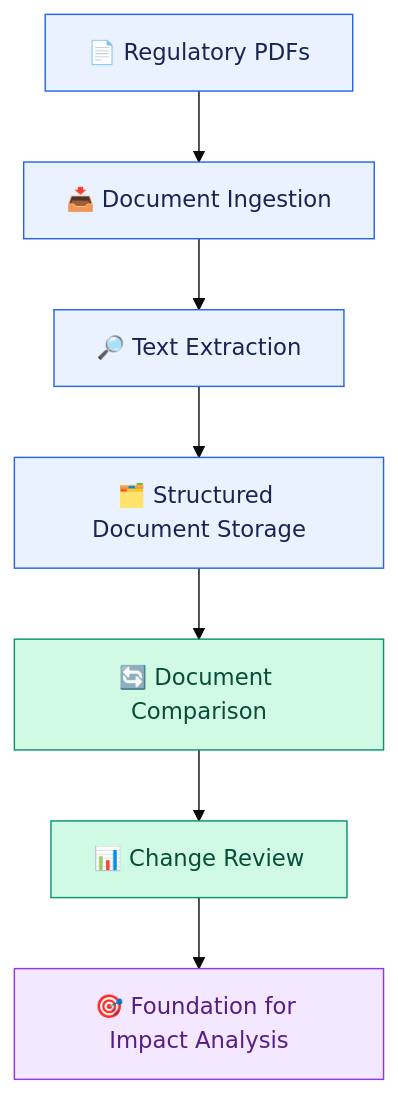
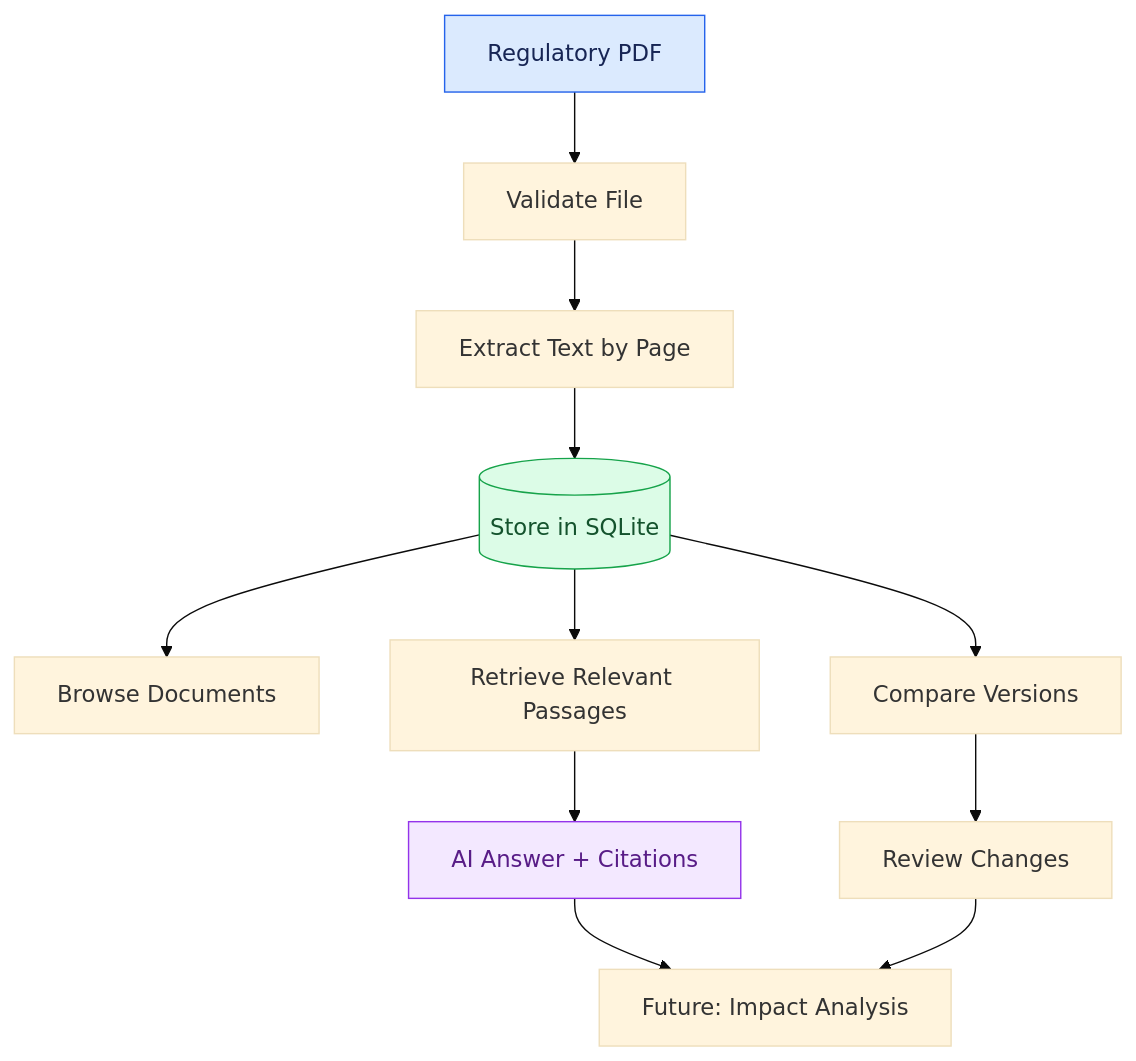
One commit to rajshreesinha-23/regulalens-ai changed the first of 6 diagrams in README.md. Above: the diagram before and after it, drawn with Mermaid (base theme). The commit also changed other lines of this file, not shown here.

````diff
--- a/README.md
+++ b/README.md
@@ -21,17 +19,17 @@
 ```mermaid
 flowchart TD
-    A["📄 Regulatory PDFs"] --> B["📥 Document Ingestion"]
-    B --> C["🔎 Text Extraction"]
-    C --> D["🗂️ Structured Document Storage"]
-    D --> E["🔄 Document Comparison"]
-    E --> F["📊 Change Review"]
-    F --> G["🎯 Foundation for Impact Analysis"]
+    A[Regulatory PDF] --> B[Validate File]
+    B --> C[Extract Text by Page]
+    C --> D[(Store in SQLite)]
+    D --> E[Browse Documents]
+    D --> F[Compare Versions]
+    D --> G[Retrieve Relevant Passages]
+    G --> H[AI Answer + Citations]
+    F --> I[Review Changes]
+    H --> J[Future: Impact Analysis]
+    I --> J
 
-    style A fill:#EAF2FF,stroke:#2563EB,color:#172554
-    style B fill:#EAF2FF,stroke:#2563EB,color:#172554
-    style C fill:#EAF2FF,stroke:#2563EB,color:#172554
-    style D fill:#EAF2FF,stroke:#2563EB,color:#172554
-    style E fill:#D1FAE5,stroke:#059669,color:#064E3B
-    style F fill:#D1FAE5,stroke:#059669,color:#064E3B
-    style G fill:#F3E8FF,stroke:#9333EA,color:#581C87
+    style A fill:#dbeafe,stroke:#2563eb,color:#172554
+    style D fill:#dcfce7,stroke:#16a34a,color:#14532d
+    style H fill:#f3e8ff,stroke:#9333ea,color:#581c87
 ```
````
